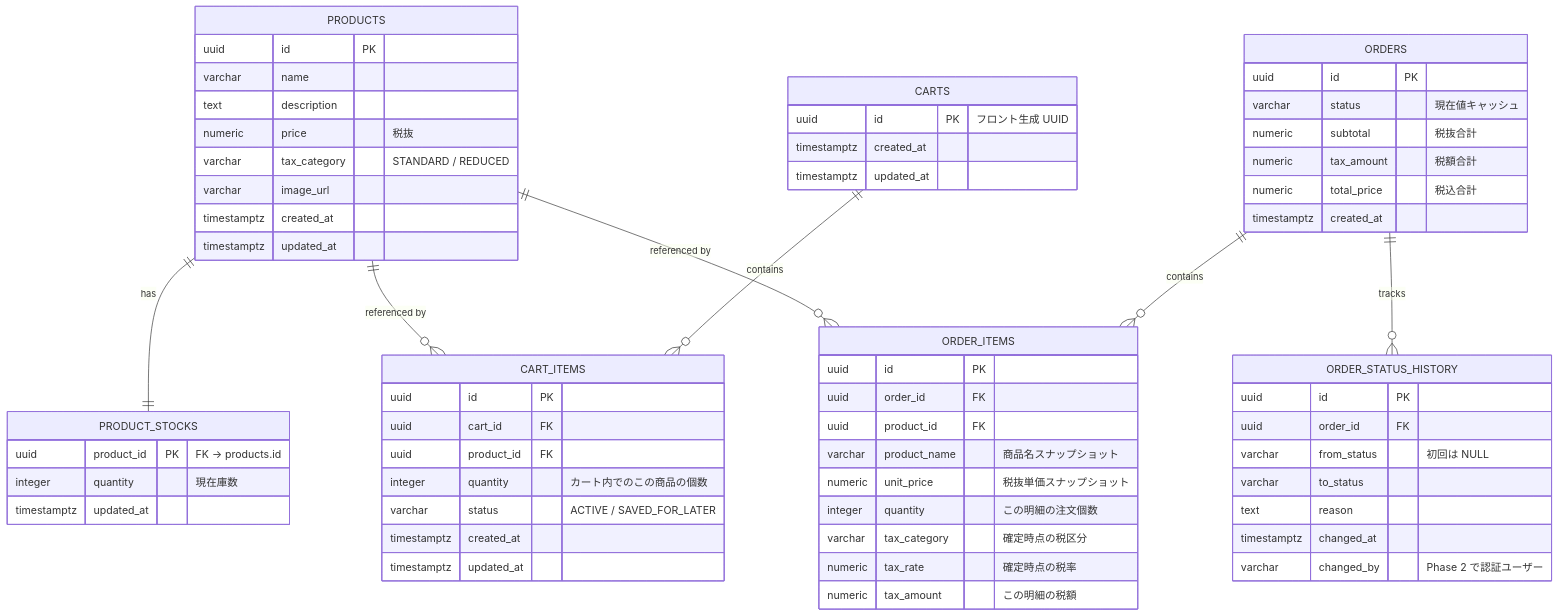
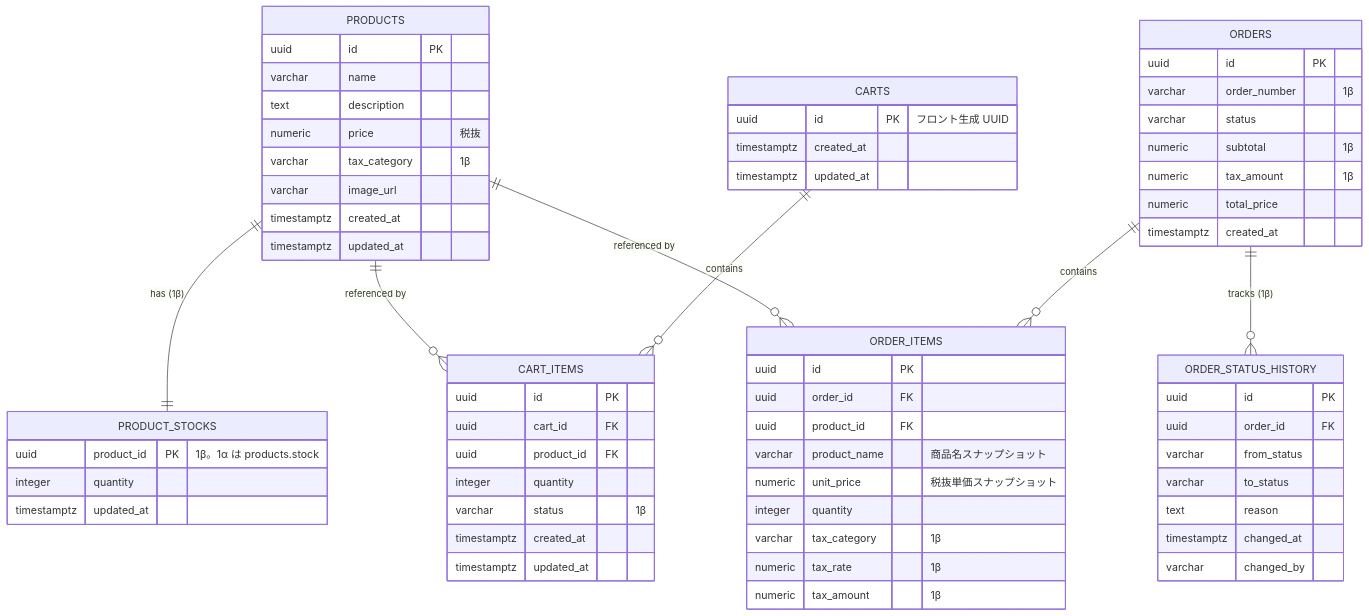
The diagram in docs/design/01-database.md (tamai-hideyuki/spring-bazaar), drawn with Mermaid before and after one commit. The commit also changed other lines of this file and 6 other files, not shown here.

````diff
--- a/docs/design/01-database.md
+++ b/docs/design/01-database.md
@@ -28,73 +28,74 @@
 ```mermaid
 erDiagram
-    PRODUCTS      ||--|| PRODUCT_STOCKS : "has"
+    PRODUCTS      ||--|| PRODUCT_STOCKS : "has (1β)"
     PRODUCTS      ||--o{ CART_ITEMS     : "referenced by"
     PRODUCTS      ||--o{ ORDER_ITEMS    : "referenced by"
     CARTS         ||--o{ CART_ITEMS     : "contains"
     ORDERS        ||--o{ ORDER_ITEMS    : "contains"
-    ORDERS        ||--o{ ORDER_STATUS_HISTORY : "tracks"
+    ORDERS        ||--o{ ORDER_STATUS_HISTORY : "tracks (1β)"
 
     PRODUCTS {
         uuid id PK
         varchar name
         text description
         numeric price "税抜"
-        varchar tax_category "STANDARD / REDUCED"
+        varchar tax_category "1β"
         varchar image_url
         timestamptz created_at
         timestamptz updated_at
     }
 
     PRODUCT_STOCKS {
-        uuid product_id PK "FK → products.id"
-        integer quantity "現在庫数"
+        uuid product_id PK "1β。1α は products.stock"
+        integer quantity
         timestamptz updated_at
     }
 
     CARTS {
         uuid id PK "フロント生成 UUID"
         timestamptz created_at
         timestamptz updated_at
     }
 
     CART_ITEMS {
         uuid id PK
         uuid cart_id FK
         uuid product_id FK
-        integer quantity "カート内でのこの商品の個数"
-        varchar status "ACTIVE / SAVED_FOR_LATER"
+        integer quantity
+        varchar status "1β"
         timestamptz created_at
         timestamptz updated_at
     }
 
     ORDERS {
         uuid id PK
-        varchar status "現在値キャッシュ"
-        numeric subtotal "税抜合計"
-        numeric tax_amount "税額合計"
-        numeric total_price "税込合計"
+        varchar order_number "1β"
+        varchar status
+        numeric subtotal "1β"
+        numeric tax_amount "1β"
+        numeric total_price
         timestamptz created_at
     }
 
     ORDER_ITEMS {
         uuid id PK
         uuid order_id FK
         uuid product_id FK
         varchar product_name "商品名スナップショット"
         numeric unit_price "税抜単価スナップショット"
-        integer quantity "この明細の注文個数"
-        varchar tax_category "確定時点の税区分"
-        numeric tax_rate "確定時点の税率"
-        numeric tax_amount "この明細の税額"
+        integer quantity
+        varchar tax_category "1β"
+        numeric tax_rate "1β"
+        numeric tax_amount "1β"
     }
 
     ORDER_STATUS_HISTORY {
         uuid id PK
         uuid order_id FK
-        varchar from_status "初回は NULL"
+        varchar from_status
         varchar to_status
         text reason
         timestamptz changed_at
-        varchar changed_by "Phase 2 で認証ユーザー"
+        varchar changed_by
     }
 ```
````
